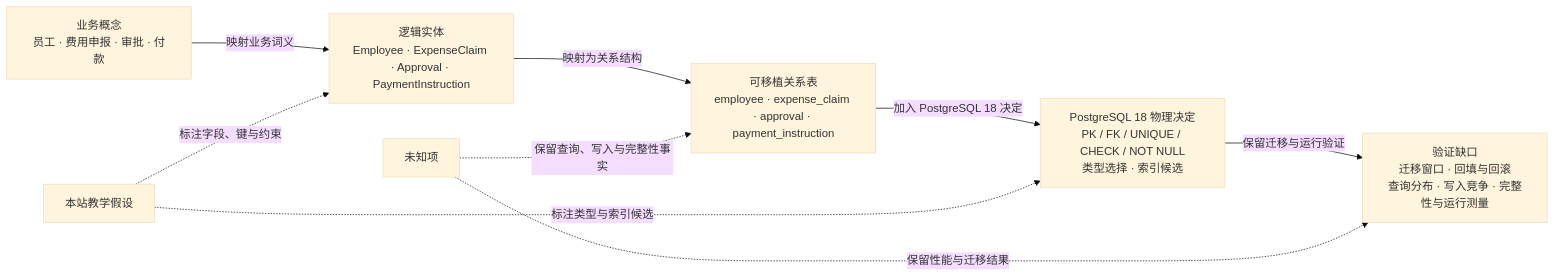
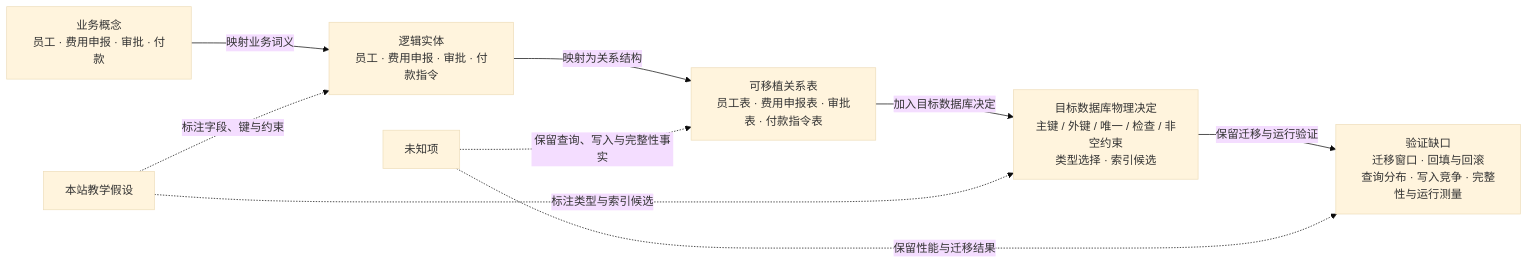
One commit to sealday/tego-arch changed the diagram in content/modeling/mod-05-conceptual-logical-physical-data-model.mdx. Above: the diagram before and after it, drawn with Mermaid (base theme). The commit also changed other lines of this file and 68 other files, not shown here.

Commit message:
refactor(content): standardize architecture terminology

````diff
--- a/content/modeling/mod-05-conceptual-logical-physical-data-model.mdx
+++ b/content/modeling/mod-05-conceptual-logical-physical-data-model.mdx
@@ -90,11 +120,11 @@
 ```mermaid
 flowchart LR
-  C["业务概念<br/>员工 · 费用申报 · 审批 · 付款"] -->|映射业务词义| L["逻辑实体<br/>Employee · ExpenseClaim · Approval · PaymentInstruction"]
-  L -->|映射为关系结构| R["可移植关系表<br/>employee · expense_claim · approval · payment_instruction"]
-  R -->|加入 PostgreSQL 18 决定| P["PostgreSQL 18 物理决定<br/>PK / FK / UNIQUE / CHECK / NOT NULL<br/>类型选择 · 索引候选"]
+  C["业务概念<br/>员工 · 费用申报 · 审批 · 付款"] -->|映射业务词义| L["逻辑实体<br/>员工 · 费用申报 · 审批 · 付款指令"]
+  L -->|映射为关系结构| R["可移植关系表<br/>员工表 · 费用申报表 · 审批表 · 付款指令表"]
+  R -->|加入目标数据库决定| P["目标数据库物理决定<br/>主键 / 外键 / 唯一 / 检查 / 非空约束<br/>类型选择 · 索引候选"]
   P -->|保留迁移与运行验证| V["验证缺口<br/>迁移窗口 · 回填与回滚<br/>查询分布 · 写入竞争 · 完整性与运行测量"]
   A["本站教学假设"] -.标注字段、键与约束.-> L
   A -.标注类型与索引候选.-> P
   U["未知项"] -.保留查询、写入与完整性事实.-> R
   U -.保留性能与迁移结果.-> V
 ```
````
